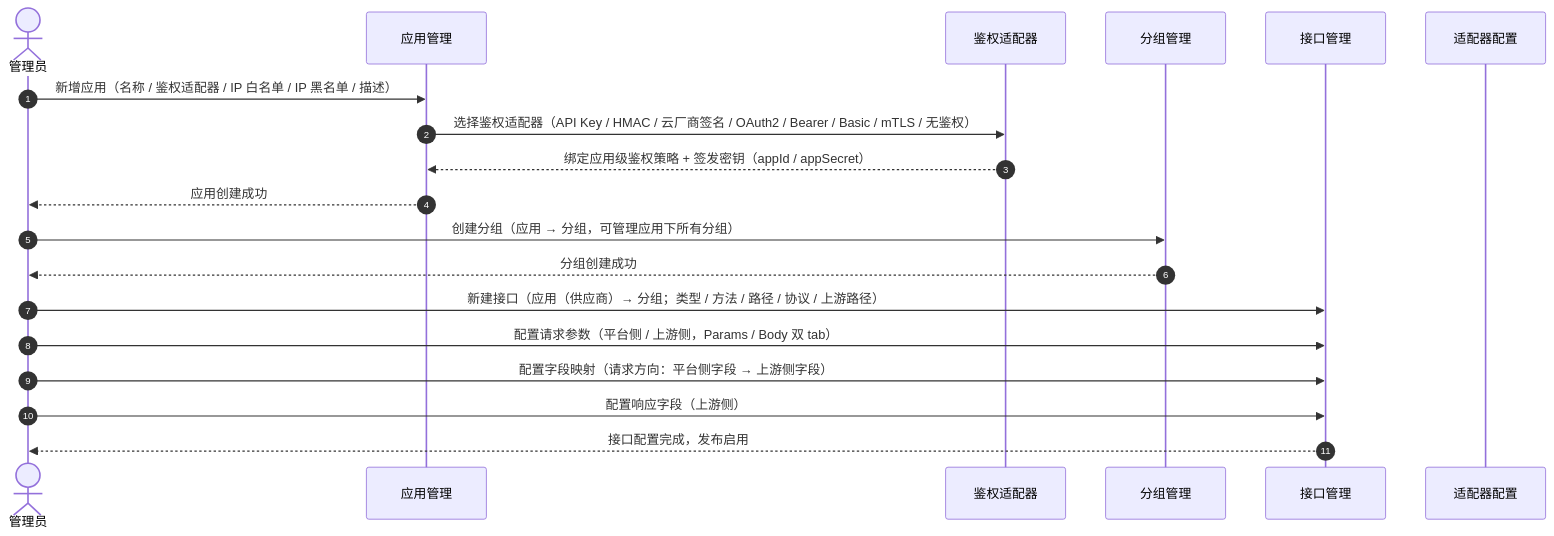
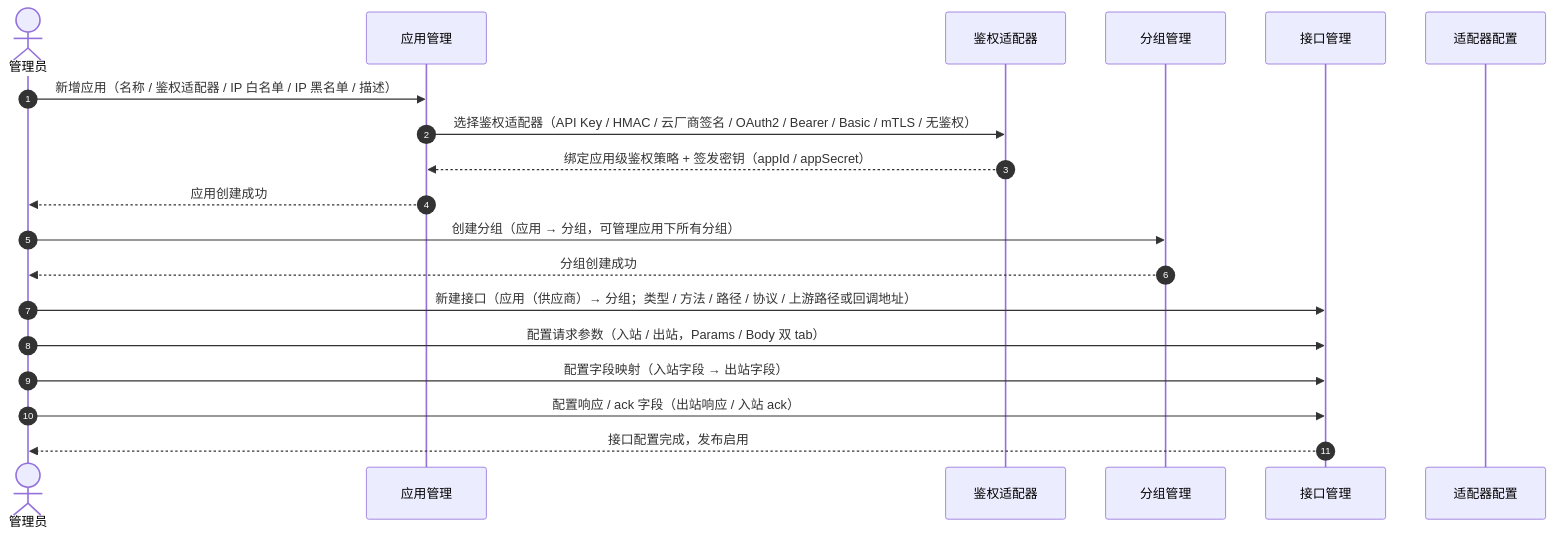
One commit to HelloWorldKing1/apicenter changed the first of 4 diagrams in src/main/resources/doc/API中心时序图与流程图.md. Above: the diagram before and after it, drawn with Mermaid. The commit also changed other lines of this file and 2 other files, not shown here.

Commit message:
feat(api-center): 添加入站回调功能支持
- 添加 inboundAuthType 字段支持入站回调验签
- 新增云厂商回调验签适配器类型和实现
- 扩展应用模型增加入站验签方式配置
- 更新接口模型区分入站出站参数和字段映射
- 添加回调通知分组和实例状态变更回调接口
- 更新界面显示入站验签方式和鉴权信息
- 改进适配器管理支持入站出站鉴权分离
- 优化字段映射和参数配置界面布局
- 移除字段映射规则编辑器简化配置流程

````diff
--- a/src/main/resources/doc/API中心时序图与流程图.md
+++ b/src/main/resources/doc/API中心时序图与流程图.md
@@ -7,22 +7,22 @@
 ```mermaid
 sequenceDiagram
     autonumber
     actor 管理员 as 管理员
     participant App as 应用管理
     participant Auth as 鉴权适配器
     participant Grp as 分组管理
     participant Api as 接口管理
     participant Adp as 适配器配置
 
     管理员->>App: 新增应用（名称 / 鉴权适配器 / IP 白名单 / IP 黑名单 / 描述）
     App->>Auth: 选择鉴权适配器（API Key / HMAC / 云厂商签名 / OAuth2 / Bearer / Basic / mTLS / 无鉴权）
     Auth-->>App: 绑定应用级鉴权策略 + 签发密钥（appId / appSecret）
     App-->>管理员: 应用创建成功
     管理员->>Grp: 创建分组（应用 → 分组，可管理应用下所有分组）
     Grp-->>管理员: 分组创建成功
-    管理员->>Api: 新建接口（应用（供应商）→ 分组；类型 / 方法 / 路径 / 协议 / 上游路径）
-    管理员->>Api: 配置请求参数（平台侧 / 上游侧，Params / Body 双 tab）
-    管理员->>Api: 配置字段映射（请求方向：平台侧字段 → 上游侧字段）
-    管理员->>Api: 配置响应字段（上游侧）
+    管理员->>Api: 新建接口（应用（供应商）→ 分组；类型 / 方法 / 路径 / 协议 / 上游路径或回调地址）
+    管理员->>Api: 配置请求参数（入站 / 出站，Params / Body 双 tab）
+    管理员->>Api: 配置字段映射（入站字段 → 出站字段）
+    管理员->>Api: 配置响应 / ack 字段（出站响应 / 入站 ack）
     Api-->>管理员: 接口配置完成，发布启用
 ```
````
